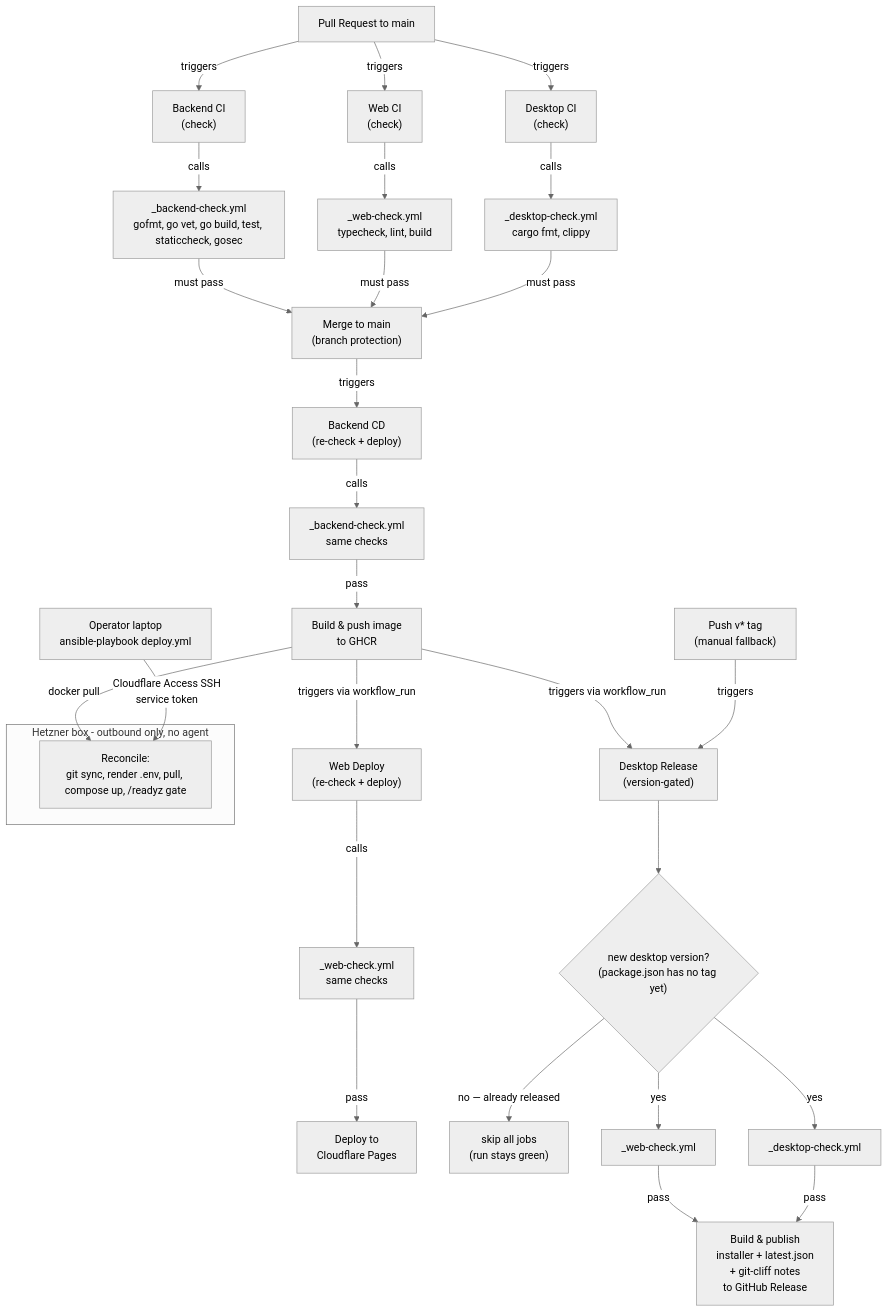
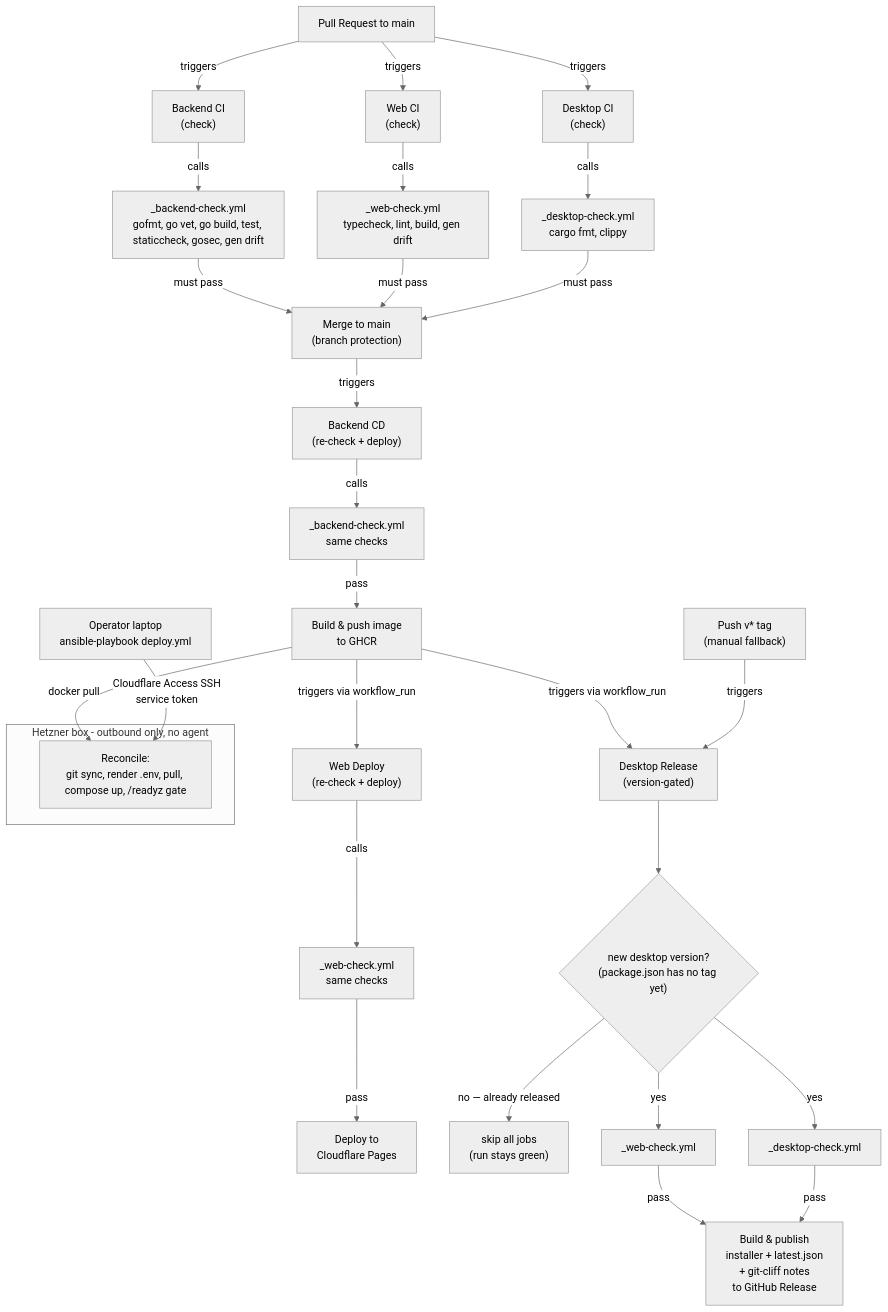
One commit to ducktivity/drinkwater changed the seventh of 10 diagrams in docs/architecture.md. Above: the diagram before and after it, drawn with Mermaid (neutral theme). The commit also changed other lines of this file and 2 other files, not shown here.

Commit message:
ci: wire generated-artifact drift checks into backend and web gate

````diff
--- a/docs/architecture.md
+++ b/docs/architecture.md
@@ -206,38 +206,38 @@
 ```mermaid
 graph TD
     PR["Pull Request to main"] -->|triggers| CIB["Backend CI<br/>(check)"]
     PR -->|triggers| CIW["Web CI<br/>(check)"]
     PR -->|triggers| CID["Desktop CI<br/>(check)"]
 
-    CIB -->|calls| CheckB["_backend-check.yml<br/>gofmt, go vet, go build, test, staticcheck, gosec"]
-    CIW -->|calls| CheckW["_web-check.yml<br/>typecheck, lint, build"]
+    CIB -->|calls| CheckB["_backend-check.yml<br/>gofmt, go vet, go build, test, staticcheck, gosec, gen drift"]
+    CIW -->|calls| CheckW["_web-check.yml<br/>typecheck, lint, build, gen drift"]
     CID -->|calls| CheckD["_desktop-check.yml<br/>cargo fmt, clippy"]
 
     CheckB -->|must pass| Merge["Merge to main<br/>(branch protection)"]
     CheckW -->|must pass| Merge
     CheckD -->|must pass| Merge
 
     Merge -->|triggers| CDB["Backend CD<br/>(re-check + deploy)"]
     CDB -->|calls| CheckB2["_backend-check.yml<br/>same checks"]
     CheckB2 -->|pass| Img["Build & push image<br/>to GHCR"]
 
     Img -->|triggers via workflow_run| CDW["Web Deploy<br/>(re-check + deploy)"]
     CDW -->|calls| CheckW2["_web-check.yml<br/>same checks"]
     CheckW2 -->|pass| Pages["Deploy to<br/>Cloudflare Pages"]
 
     Img -->|triggers via workflow_run| CDD["Desktop Release<br/>(version-gated)"]
     Tag["Push v* tag<br/>(manual fallback)"] -->|triggers| CDD
     CDD --> Decide{"new desktop version?<br/>(package.json has no tag yet)"}
     Decide -->|"no — already released"| Skip["skip all jobs<br/>(run stays green)"]
     Decide -->|yes| CheckW3["_web-check.yml"]
     Decide -->|yes| CheckD3["_desktop-check.yml"]
     CheckW3 -->|pass| DBuild["Build & publish<br/>installer + latest.json<br/>+ git-cliff notes<br/>to GitHub Release"]
     CheckD3 -->|pass| DBuild
 
     Img -->|docker pull| Box
     Laptop["Operator laptop<br/>ansible-playbook deploy.yml"] -->|"Cloudflare Access SSH<br/>service token"| Box
 
     subgraph HZ["Hetzner box - outbound only, no agent"]
         Box["Reconcile:<br/>git sync, render .env, pull, compose up, /readyz gate"]
     end
 ```
````
